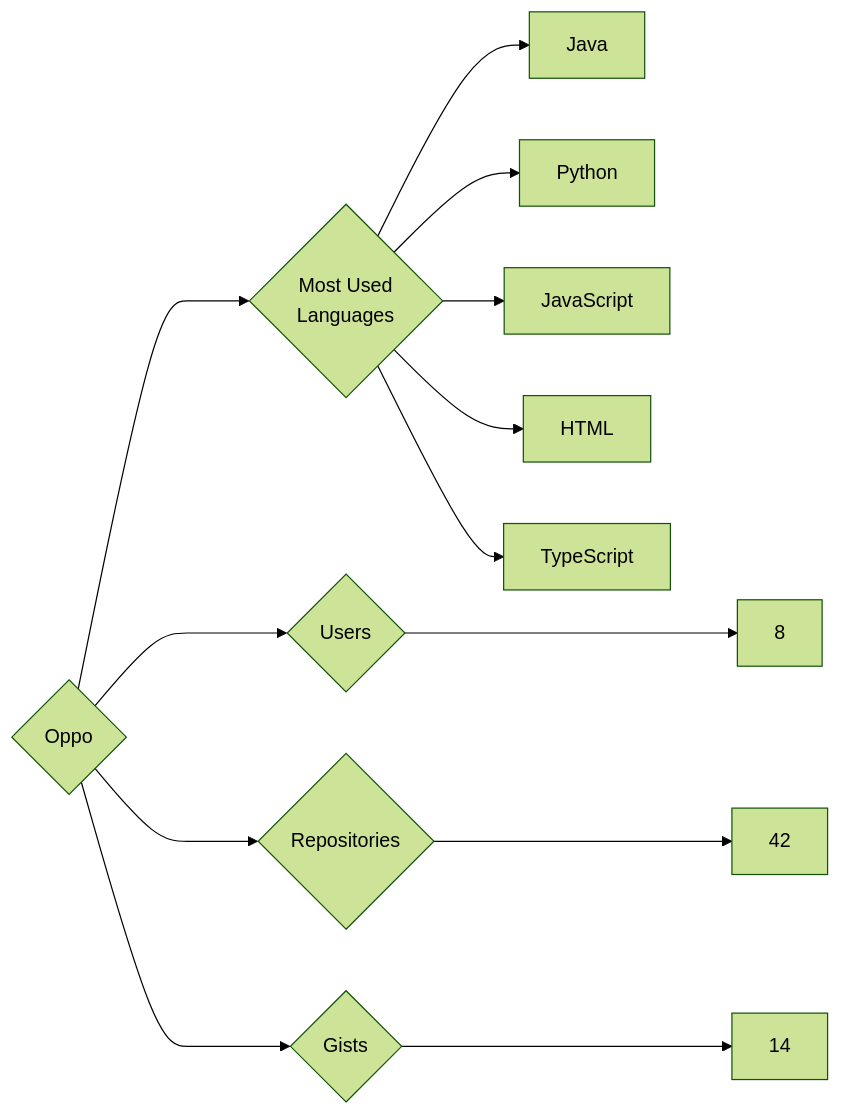
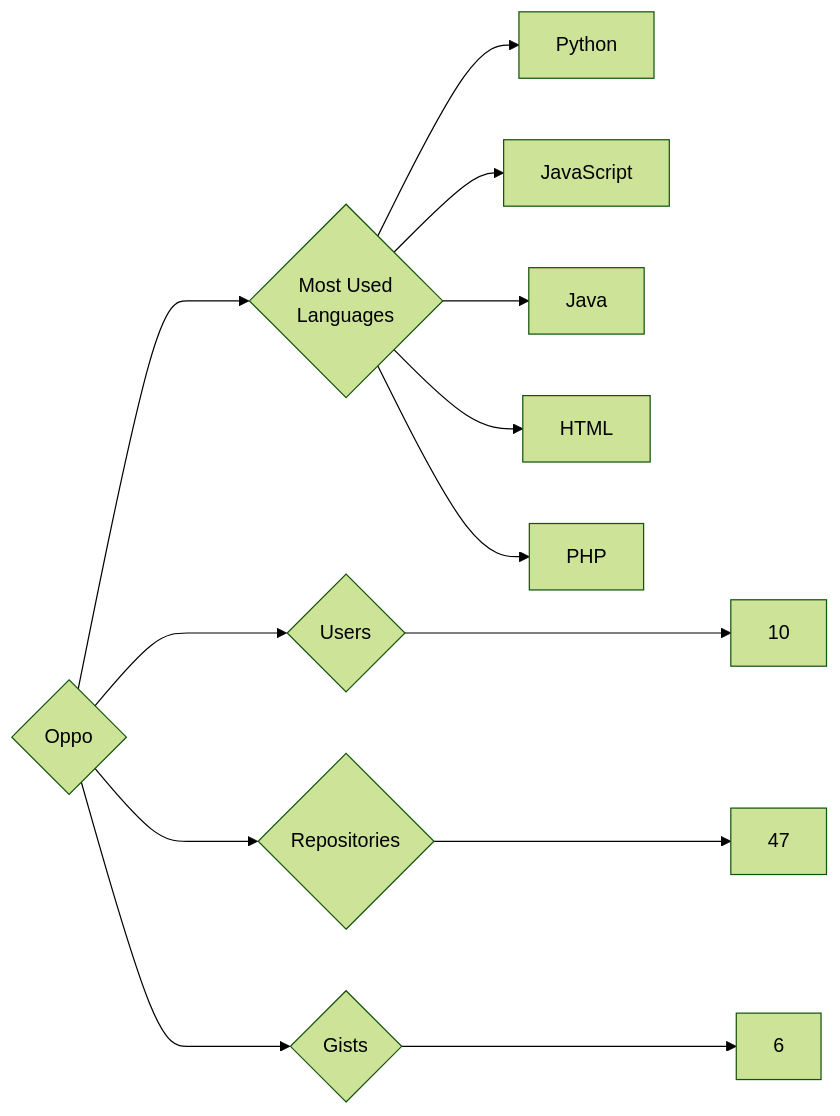
The diagram in targets/Oppo/README.md (trickest/insiders), drawn with Mermaid (forest theme) before and after one commit. The commit also changed 1496 other files, not shown here.

````diff
--- a/targets/Oppo/README.md
+++ b/targets/Oppo/README.md
@@ -3,13 +3,13 @@
 ```mermaid
 graph LR
 COMPANY_NAME{Oppo}
-COMPANY_NAME ---> U{Users} ---> UN[8]
-COMPANY_NAME ---> R{Repositories} ---> RN[42]
-COMPANY_NAME ---> G{Gists} ---> GN[14]
+COMPANY_NAME ---> U{Users} ---> UN[10]
+COMPANY_NAME ---> R{Repositories} ---> RN[47]
+COMPANY_NAME ---> G{Gists} ---> GN[6]
 COMPANY_NAME ---> ML{Most Used<br>Languages}
-ML --> Java[Java]
 ML --> Python[Python]
 ML --> JavaScript[JavaScript]
+ML --> Java[Java]
 ML --> HTML[HTML]
-ML --> TypeScript[TypeScript]
+ML --> PHP[PHP]
 ```
````
